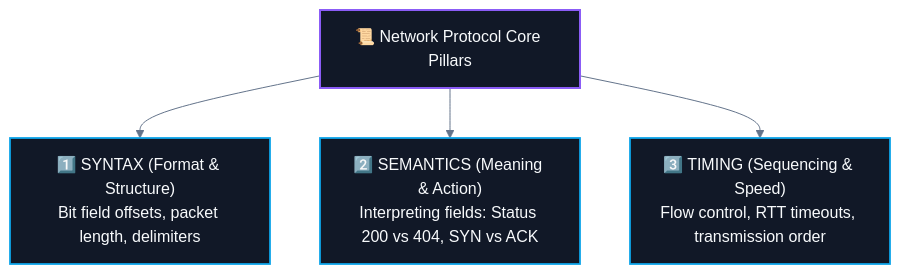
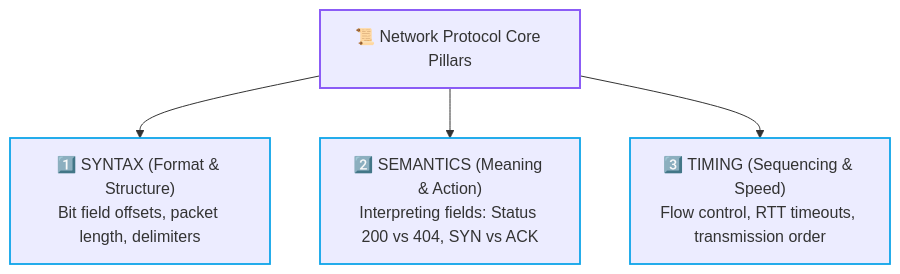
One commit to abhinavbharti2345/CS_Notes changed the first of 2 diagrams in CS/Computer Networking/02. Data Flow & Encapsulation/01. Network Protocols and Standards.md. Above: the diagram before and after it, drawn with Mermaid. The commit also changed other lines of this file and 91 other files, not shown here.

````diff
--- a/CS/Computer Networking/02. Data Flow & Encapsulation/01. Network Protocols and Standards.md
+++ b/CS/Computer Networking/02. Data Flow & Encapsulation/01. Network Protocols and Standards.md
@@ -43,14 +43,13 @@
 ```mermaid
-%%{init: {'theme': 'base', 'themeVariables': { 'darkMode': true, 'background': '#0B0F14', 'mainBkg': '#111827', 'primaryColor': '#111827', 'primaryTextColor': '#F8FAFC', 'primaryBorderColor': '#38BDF8', 'lineColor': '#64748B', 'secondaryColor': '#0B0F14', 'tertiaryColor': '#0B0F14', 'clusterBkg': '#0B0F14', 'clusterBorder': '#38BDF8' }}}%%
 flowchart TD
     Protocol["📜 Network Protocol Core Pillars"]
     
     Protocol --> P1["1️⃣ SYNTAX (Format & Structure)<br/>Bit field offsets, packet length, delimiters"]
     Protocol --> P2["2️⃣ SEMANTICS (Meaning & Action)<br/>Interpreting fields: Status 200 vs 404, SYN vs ACK"]
     Protocol --> P3["3️⃣ TIMING (Sequencing & Speed)<br/>Flow control, RTT timeouts, transmission order"]
 
-    classDef proto fill:#111827,stroke:#8b5cf6,stroke-width:2px,color:#F8FAFC;
-    classDef branch fill:#111827,stroke:#0ea5e9,stroke-width:1.8px,color:#F8FAFC;
+    classDef proto stroke:#8b5cf6,stroke-width:2px;
+    classDef branch stroke:#0ea5e9,stroke-width:1.8px;
     class Protocol proto;
     class P1,P2,P3 branch;
 ```
````
